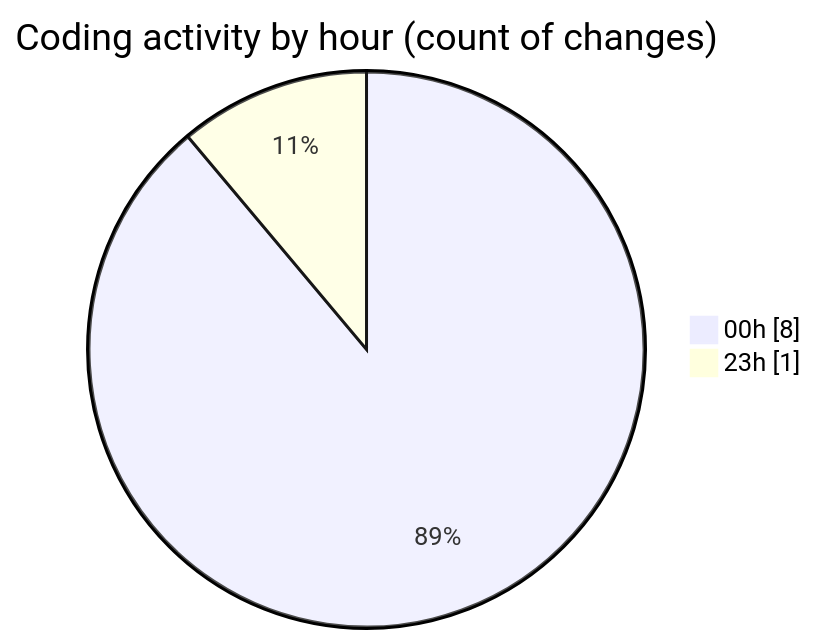
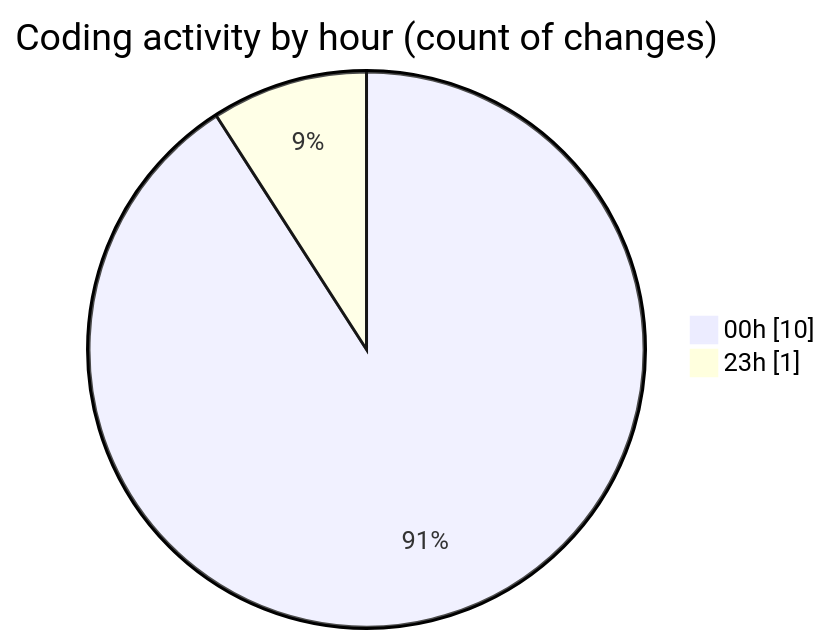
Before and after one commit to tmsrecording-cyber/code-tracking: the second of 2 diagrams in 2026-02-09/singularitybrainai/README.md, drawn with Mermaid. The commit also changed other lines of this file and 1 other file, not shown here.

````diff
--- a/2026-02-09/singularitybrainai/README.md
+++ b/2026-02-09/singularitybrainai/README.md
@@ -28,6 +29,6 @@
 ```mermaid
 pie showData
 title Coding activity by hour (count of changes)
-"00h" : 8
+"00h" : 10
 "23h" : 1
 ```
````
